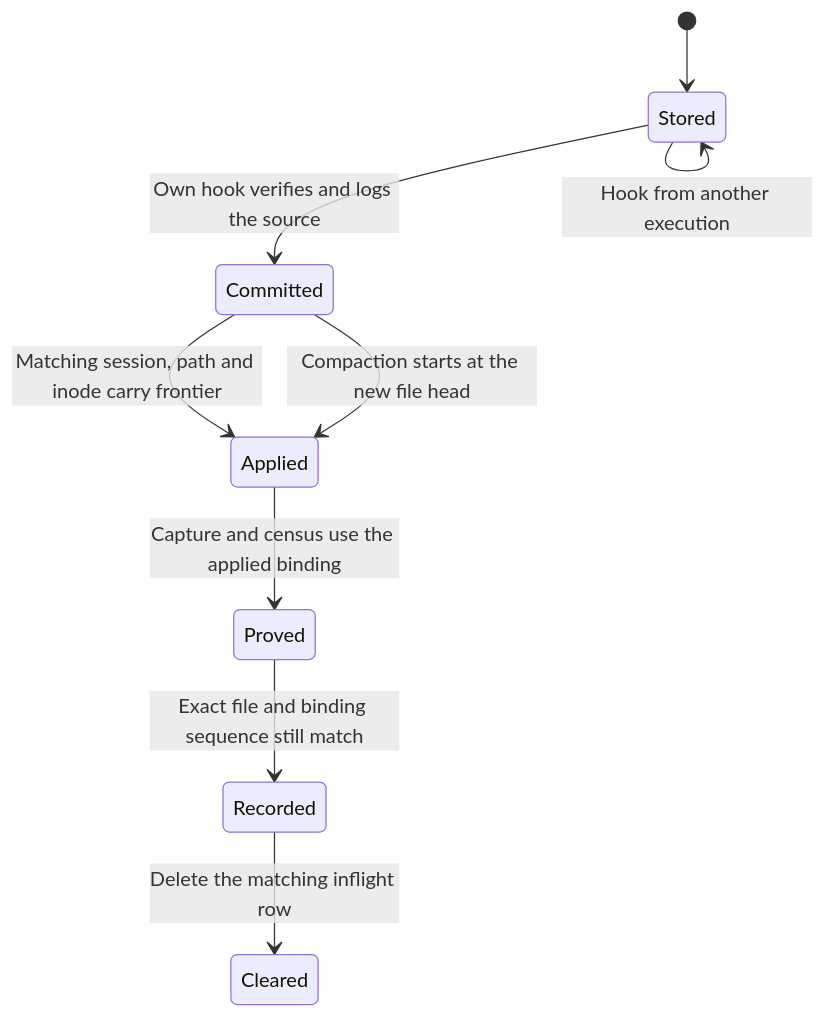
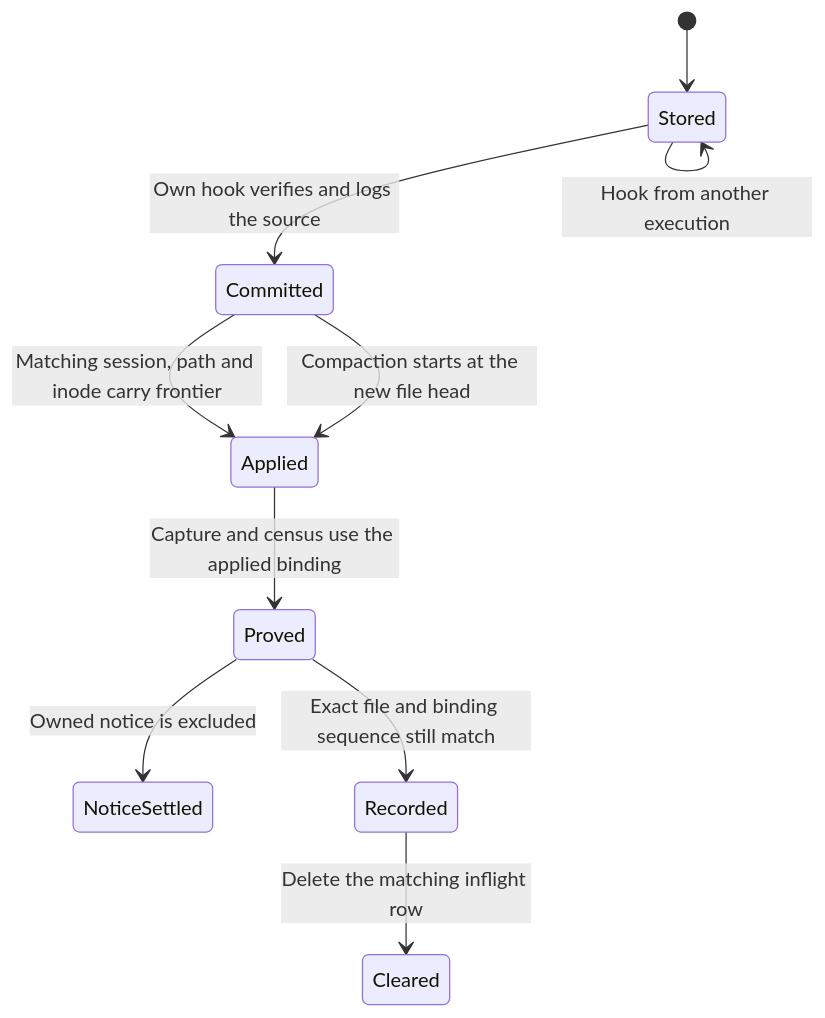
Before and after one commit to itismyfield/AgentDesk: the diagram in docs/statecharts/tui-o-writer/hook-transcript-refresh.report.md, drawn with Mermaid. The commit also changed other lines of this file and 3 other files, not shown here.

````diff
--- a/docs/statecharts/tui-o-writer/hook-transcript-refresh.report.md
+++ b/docs/statecharts/tui-o-writer/hook-transcript-refresh.report.md
@@ -10,11 +10,12 @@
 ```mermaid
 stateDiagram-v2
     [*] --> Stored
     Stored --> Stored: Hook from another execution
     Stored --> Committed: Own hook verifies and logs the source
     Committed --> Applied: Matching session, path and inode carry frontier
     Committed --> Applied: Compaction starts at the new file head
     Applied --> Proved: Capture and census use the applied binding
+    Proved --> NoticeSettled: Owned notice is excluded
     Proved --> Recorded: Exact file and binding sequence still match
     Recorded --> Cleared: Delete the matching inflight row
 ```
````
